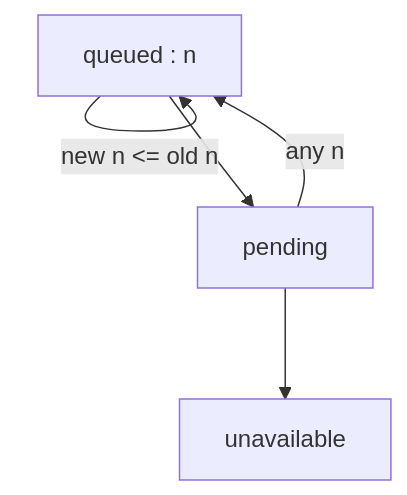
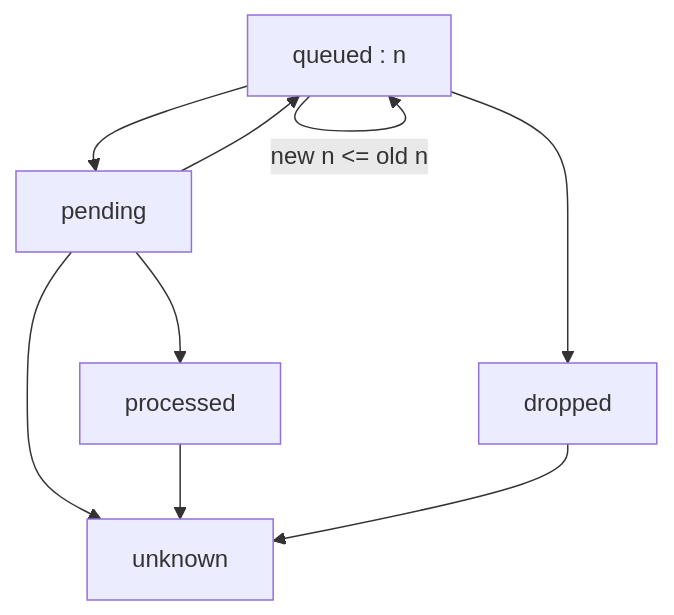
The first of 5 diagrams in README.md (research-ag/hpl-io), drawn with Mermaid before and after one commit. The commit also changed other lines of this file, not shown here.

First line of the commit message:
Split up the gid `unavailable` state into three

````diff
--- a/README.md
+++ b/README.md
@@ -31,7 +52,11 @@
 ```mermaid
 flowchart TD
 Q[queued : n] -->|"new n <= old n"| Q
 Q --> P[pending]
-P --> U[unavailable]
-P -->|any n| Q
-```
+P --> U
+P --> L[processed]
+P --> Q
+L --> U[unknown]
+D --> U
+Q --> D[dropped] 
+``` 
````
